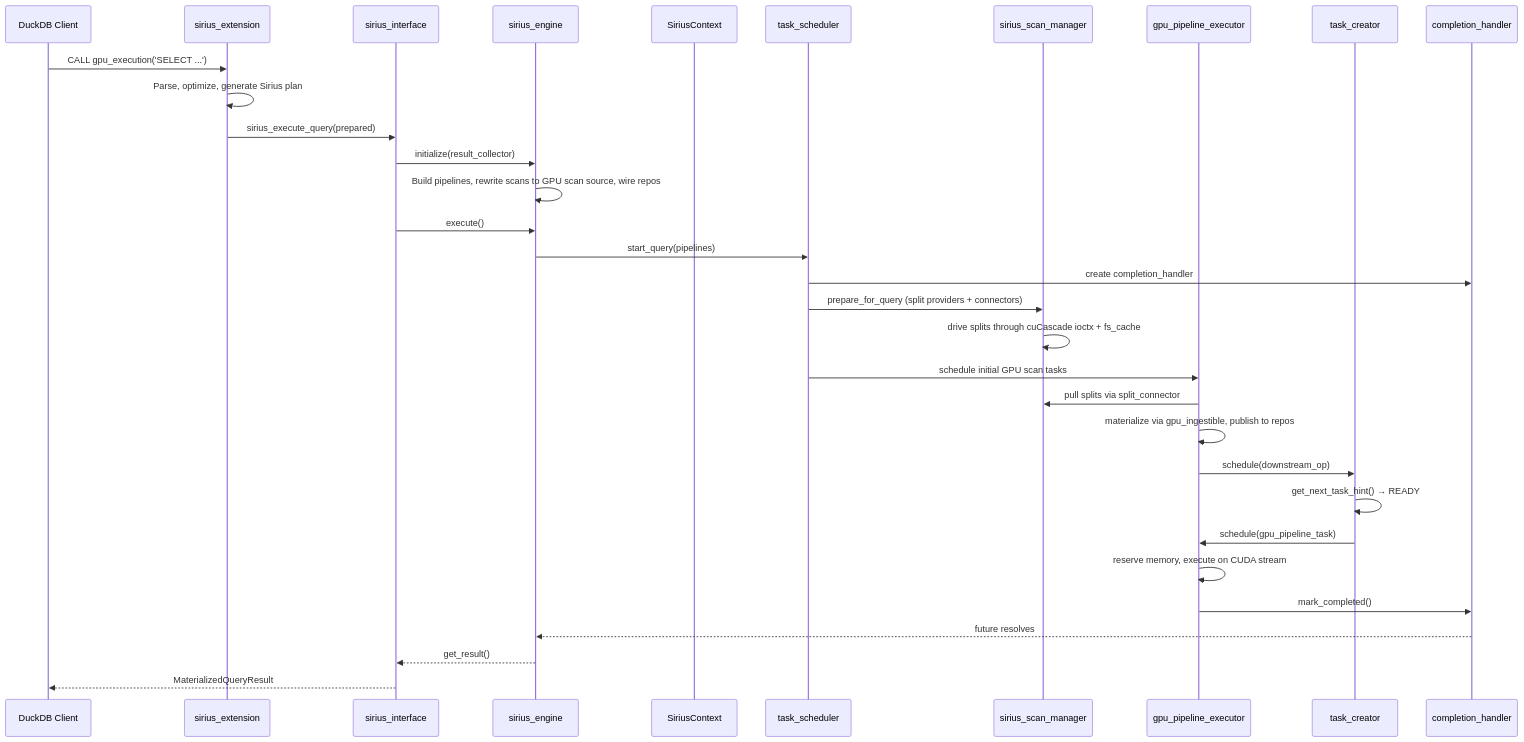
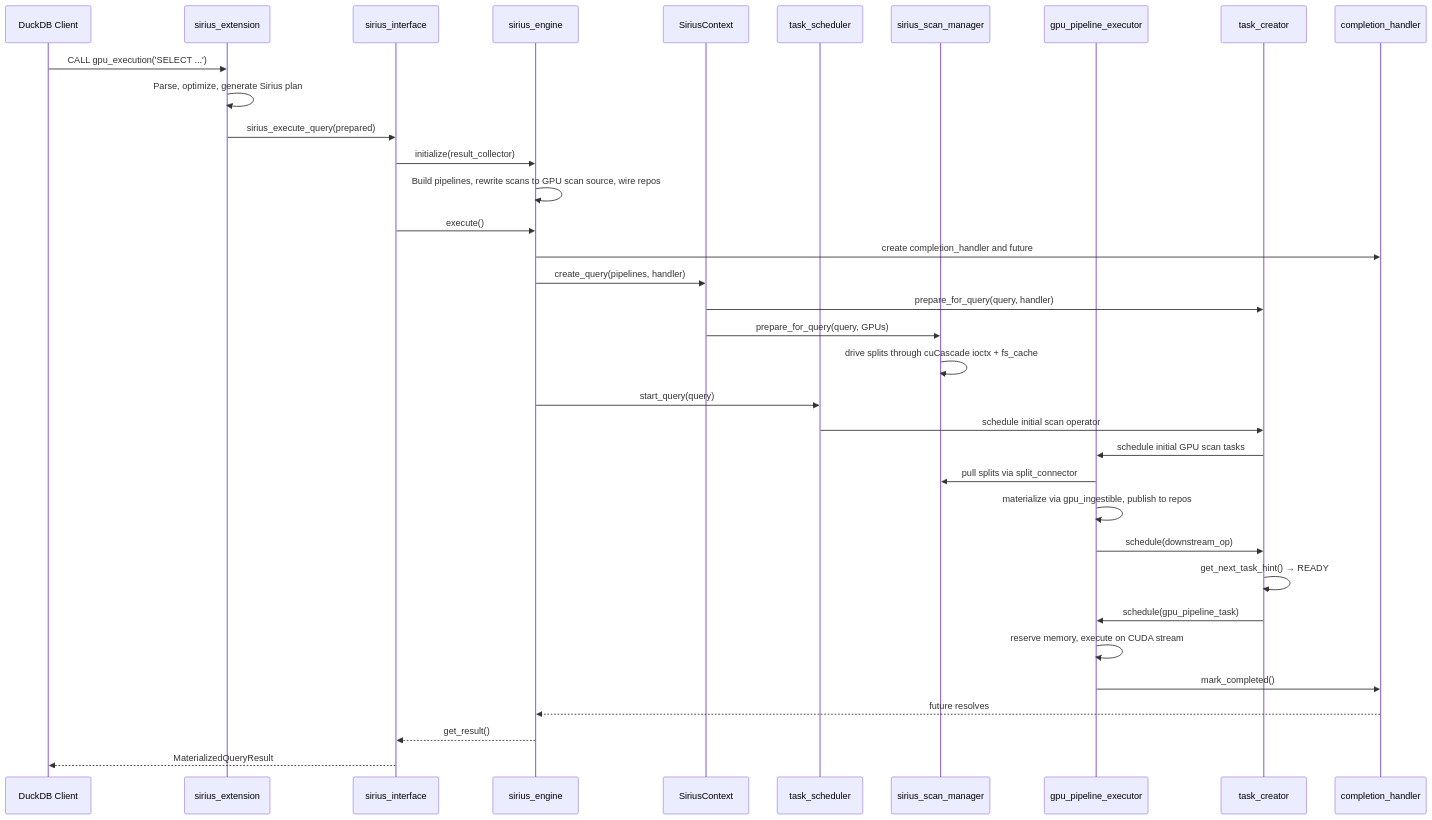
One commit to aminaramoon/sirius changed the diagram in docs/super-sirius/execution-flow.md. Above: the diagram before and after it, drawn with Mermaid. The commit also changed other lines of this file and 7 other files, not shown here.

````diff
--- a/docs/super-sirius/execution-flow.md
+++ b/docs/super-sirius/execution-flow.md
@@ -200,35 +200,38 @@
 ```mermaid
 sequenceDiagram
     participant User as DuckDB Client
     participant Ext as sirius_extension
     participant Iface as sirius_interface
     participant Engine as sirius_engine
     participant Context as SiriusContext
     participant PE as task_scheduler
     participant SM as sirius_scan_manager
     participant GPE as gpu_pipeline_executor
     participant TC as task_creator
     participant CH as completion_handler
 
     User->>Ext: CALL gpu_execution('SELECT ...')
     Ext->>Ext: Parse, optimize, generate Sirius plan
     Ext->>Iface: sirius_execute_query(prepared)
     Iface->>Engine: initialize(result_collector)
     Engine->>Engine: Build pipelines, rewrite scans to GPU scan source, wire repos
     Iface->>Engine: execute()
-    Engine->>PE: start_query(pipelines)
-    PE->>CH: create completion_handler
-    PE->>SM: prepare_for_query (split providers + connectors)
+    Engine->>CH: create completion_handler and future
+    Engine->>Context: create_query(pipelines, handler)
+    Context->>TC: prepare_for_query(query, handler)
+    Context->>SM: prepare_for_query(query, GPUs)
     SM->>SM: drive splits through cuCascade ioctx + fs_cache
-    PE->>GPE: schedule initial GPU scan tasks
+    Engine->>PE: start_query(query)
+    PE->>TC: schedule initial scan operator
+    TC->>GPE: schedule initial GPU scan tasks
     GPE->>SM: pull splits via split_connector
     GPE->>GPE: materialize via gpu_ingestible, publish to repos
     GPE->>TC: schedule(downstream_op)
     TC->>TC: get_next_task_hint() → READY
     TC->>GPE: schedule(gpu_pipeline_task)
     GPE->>GPE: reserve memory, execute on CUDA stream
     GPE->>CH: mark_completed()
     CH-->>Engine: future resolves
     Engine-->>Iface: get_result()
     Iface-->>User: MaterializedQueryResult
 ```
````
